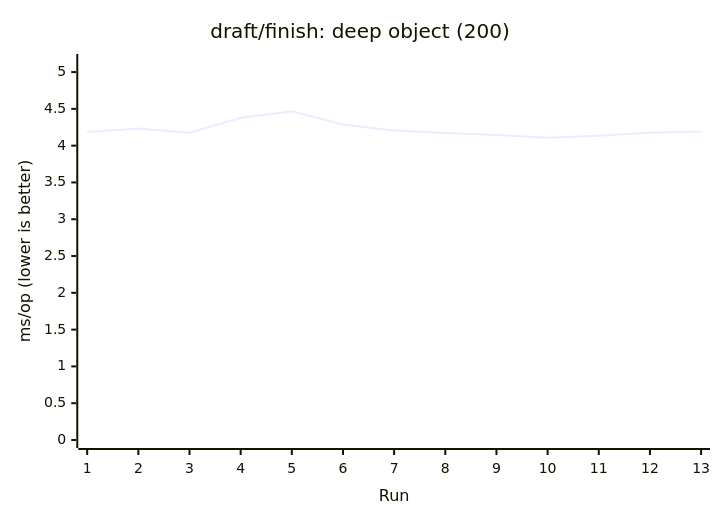
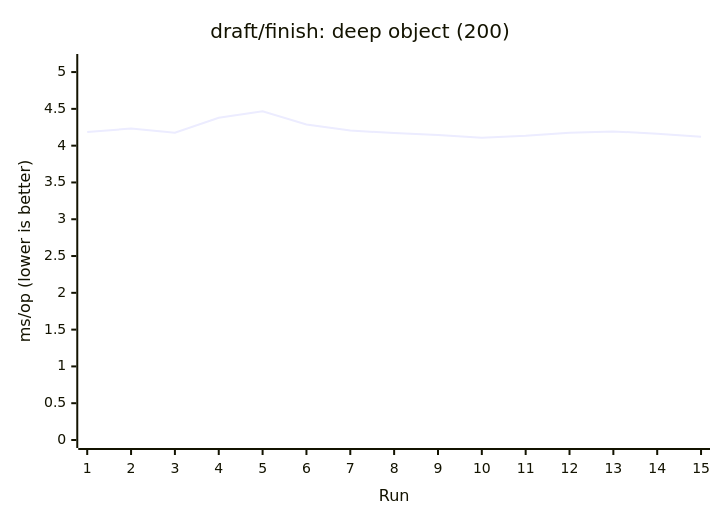
Before and after one commit to AIluffy/io: the eighth of 17 diagrams in apps/docs/src/content/docs/en/guides/benchmark.mdx, drawn with Mermaid. The commit also changed other lines of this file and 7 other files, not shown here.

````diff
--- a/apps/docs/src/content/docs/en/guides/benchmark.mdx
+++ b/apps/docs/src/content/docs/en/guides/benchmark.mdx
@@ -281,7 +283,7 @@
 ```mermaid
 xychart-beta
   title "draft/finish: deep object (200)"
-  x-axis "Run" [1, 2, 3, 4, 5, 6, 7, 8, 9, 10, 11, 12, 13]
+  x-axis "Run" [1, 2, 3, 4, 5, 6, 7, 8, 9, 10, 11, 12, 13, 14, 15]
   y-axis "ms/op (lower is better)" 0 --> 5.1369
-  line [4.1858, 4.2331, 4.1749, 4.3797, 4.4669, 4.2879, 4.2048, 4.1722, 4.1463, 4.107, 4.135, 4.1764, 4.1937]
+  line [4.1858, 4.2331, 4.1749, 4.3797, 4.4669, 4.2879, 4.2048, 4.1722, 4.1463, 4.107, 4.135, 4.1764, 4.1937, 4.1622, 4.1215]
 ```
````
